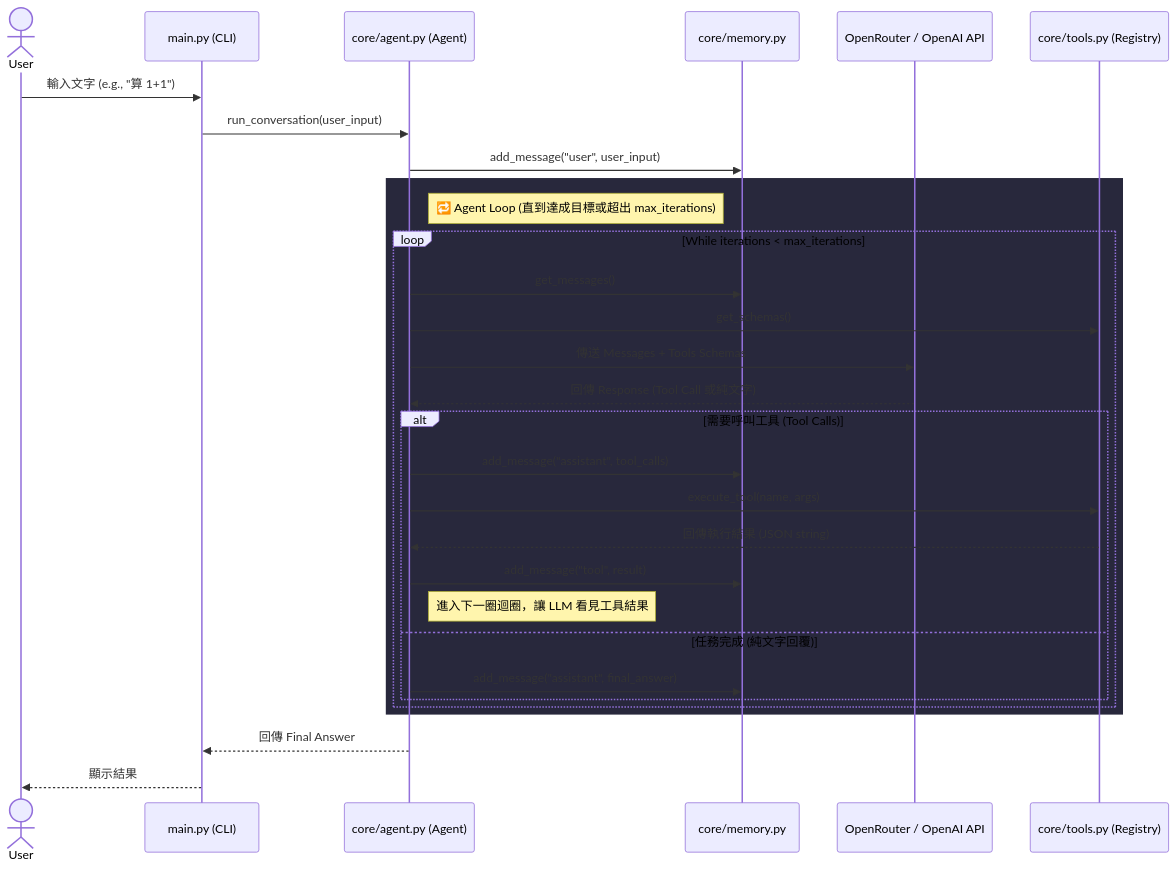
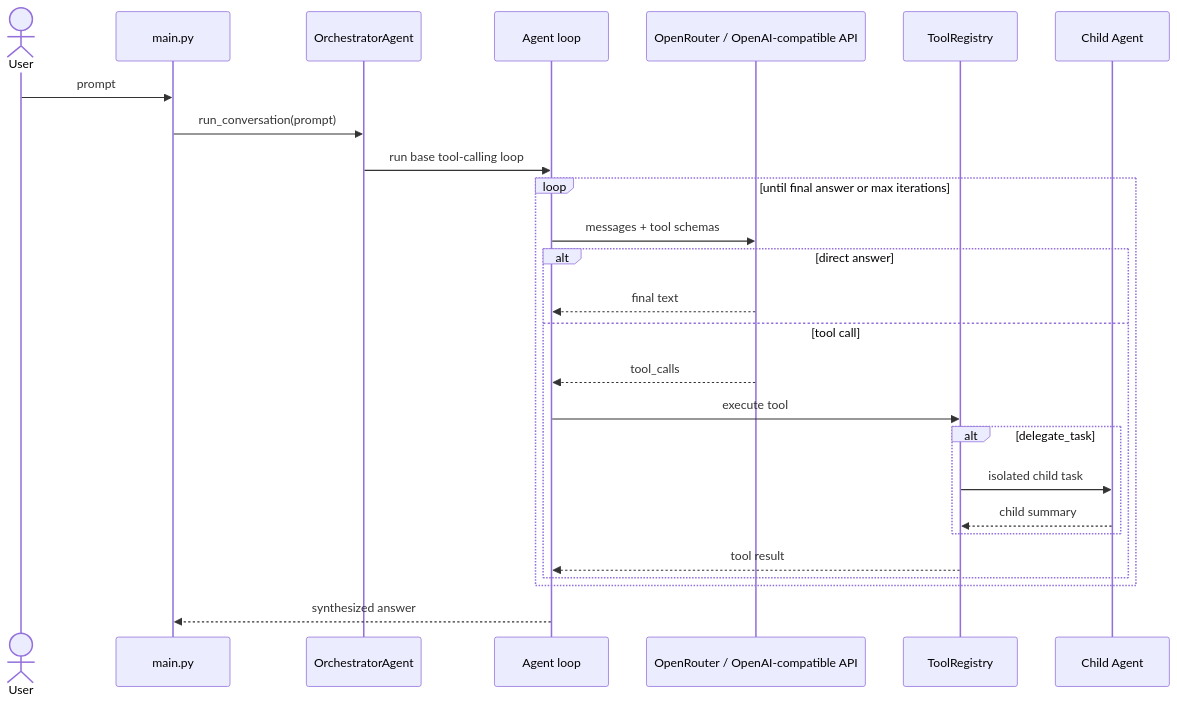
The diagram in misc/agent_mvp/README.md (CongJie-Pan/AREQA), drawn with Mermaid before and after one commit. The commit also changed other lines of this file and 1 other file, not shown here.

Commit message:
feat(agent-mvp): wire orchestrator cli

````diff
--- a/misc/agent_mvp/README.md
+++ b/misc/agent_mvp/README.md
@@ -11,36 +10,29 @@
 ```mermaid
 sequenceDiagram
     actor User
-    participant Main as main.py (CLI)
-    participant Agent as core/agent.py (Agent)
-    participant Memory as core/memory.py
-    participant LLM as OpenRouter / OpenAI API
-    participant Tools as core/tools.py (Registry)
+    participant CLI as main.py
+    participant Orchestrator as OrchestratorAgent
+    participant Agent as Agent loop
+    participant LLM as OpenRouter / OpenAI-compatible API
+    participant Tools as ToolRegistry
+    participant Child as Child Agent
 
-    User->>Main: 輸入文字 (e.g., "算 1+1")
-    Main->>Agent: run_conversation(user_input)
-    Agent->>Memory: add_message("user", user_input)
-    
-    rect rgb(40, 40, 60)
-        Note right of Agent: 🔁 Agent Loop (直到達成目標或超出 max_iterations)
-        loop While iterations < max_iterations
-            Agent->>Memory: get_messages()
-            Agent->>Tools: get_schemas()
-            Agent->>LLM: 傳送 Messages + Tools Schemas
-            LLM-->>Agent: 回傳 Response (Tool Call 或純文字)
-            
-            alt 需要呼叫工具 (Tool Calls)
-                Agent->>Memory: add_message("assistant", tool_calls)
-                Agent->>Tools: execute_tool(name, args)
-                Tools-->>Agent: 回傳執行結果 (JSON string)
-                Agent->>Memory: add_message("tool", result)
-                Note right of Agent: 進入下一圈迴圈，讓 LLM 看見工具結果
-            else 任務完成 (純文字回覆)
-                Agent->>Memory: add_message("assistant", final_answer)
+    User->>CLI: prompt
+    CLI->>Orchestrator: run_conversation(prompt)
+    Orchestrator->>Agent: run base tool-calling loop
+    loop until final answer or max iterations
+        Agent->>LLM: messages + tool schemas
+        alt direct answer
+            LLM-->>Agent: final text
+        else tool call
+            LLM-->>Agent: tool_calls
+            Agent->>Tools: execute tool
+            alt delegate_task
+                Tools->>Child: isolated child task
+                Child-->>Tools: child summary
             end
+            Tools-->>Agent: tool result
         end
     end
-    
-    Agent-->>Main: 回傳 Final Answer
-    Main-->>User: 顯示結果
+    Agent-->>CLI: synthesized answer
 ```
````
